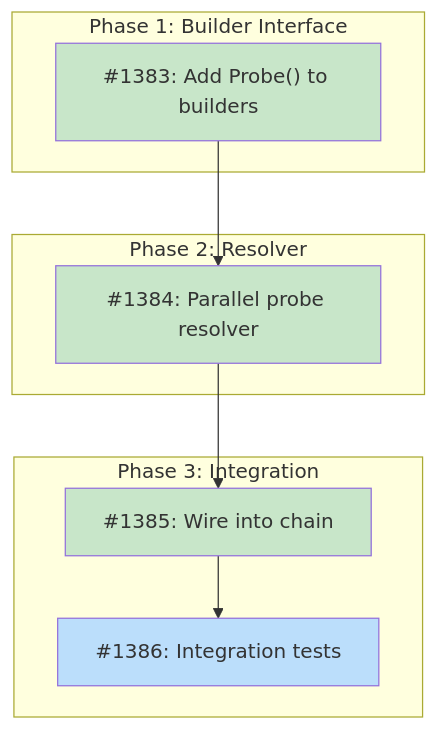
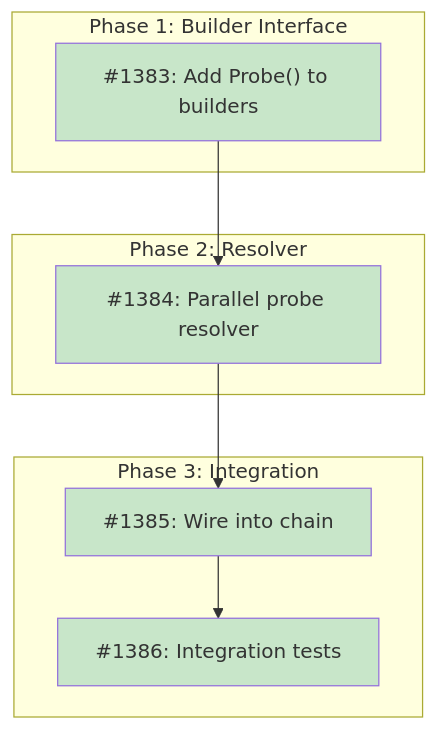
The diagram in docs/designs/DESIGN-ecosystem-probe.md (tsukumogami/tsuku), drawn with Mermaid before and after one commit. The commit also changed other lines of this file, not shown here.

Commit message:
docs(design): mark #1386 done in ecosystem probe design doc

````diff
--- a/docs/designs/DESIGN-ecosystem-probe.md
+++ b/docs/designs/DESIGN-ecosystem-probe.md
@@ -34,29 +34,29 @@
 ```mermaid
 graph TD
     subgraph Phase1["Phase 1: Builder Interface"]
         I1383["#1383: Add Probe() to builders"]
     end
 
     subgraph Phase2["Phase 2: Resolver"]
         I1384["#1384: Parallel probe resolver"]
     end
 
     subgraph Phase3["Phase 3: Integration"]
         I1385["#1385: Wire into chain"]
         I1386["#1386: Integration tests"]
     end
 
     I1383 --> I1384
     I1384 --> I1385
     I1385 --> I1386
 
     classDef done fill:#c8e6c9
     classDef ready fill:#bbdefb
     classDef blocked fill:#fff9c4
     classDef needsDesign fill:#e1bee7
 
     class I1383 done
     class I1384 done
     class I1385 done
-    class I1386 ready
+    class I1386 done
 ```
````
